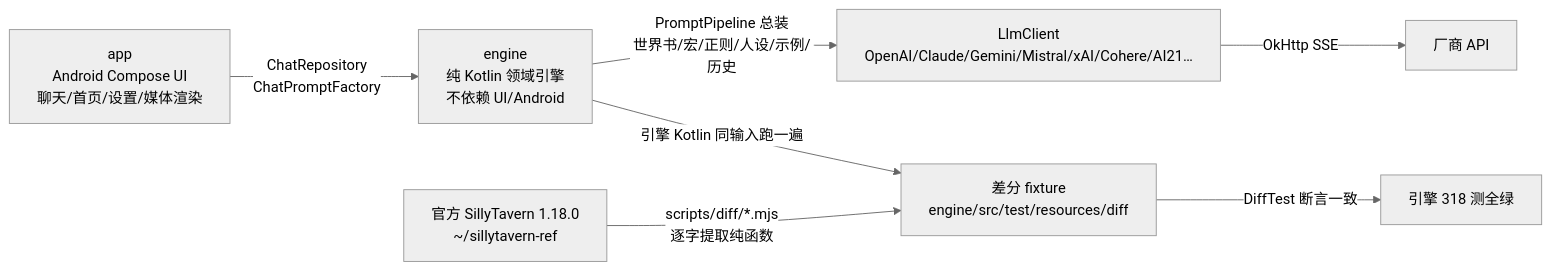
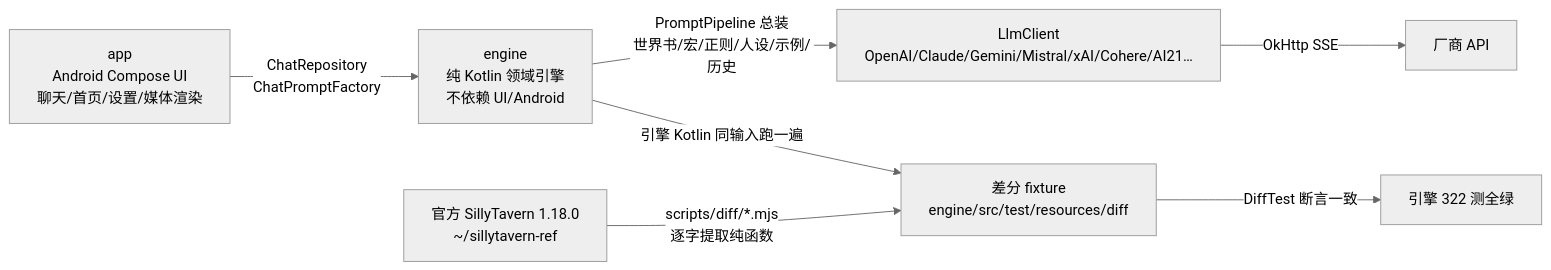
Before and after one commit to heikeyangle-code/ember-inn: the diagram in docs/HANDOFF.md, drawn with Mermaid (neutral theme). The commit also changed other lines of this file and 13 other files, not shown here.

````diff
--- a/docs/HANDOFF.md
+++ b/docs/HANDOFF.md
@@ -7,9 +7,9 @@
 ```mermaid
 flowchart LR
  A[app<br/>Android Compose UI<br/>聊天/首页/设置/媒体渲染] -->|ChatRepository<br/>ChatPromptFactory| B[engine<br/>纯 Kotlin 领域引擎<br/>不依赖 UI/Android]
  B -->|PromptPipeline 总装<br/>世界书/宏/正则/人设/示例/历史| C[LlmClient<br/>OpenAI/Claude/Gemini/Mistral/xAI/Cohere/AI21…]
  C -->|OkHttp SSE| D[厂商 API]
  E[官方 SillyTavern 1.18.0<br/>~/sillytavern-ref] -->|scripts/diff/*.mjs<br/>逐字提取纯函数| F[差分 fixture<br/>engine/src/test/resources/diff]
  B -->|引擎 Kotlin 同输入跑一遍| F
- F -->|DiffTest 断言一致| G[引擎 318 测全绿]
+ F -->|DiffTest 断言一致| G[引擎 322 测全绿]
 ```
````
